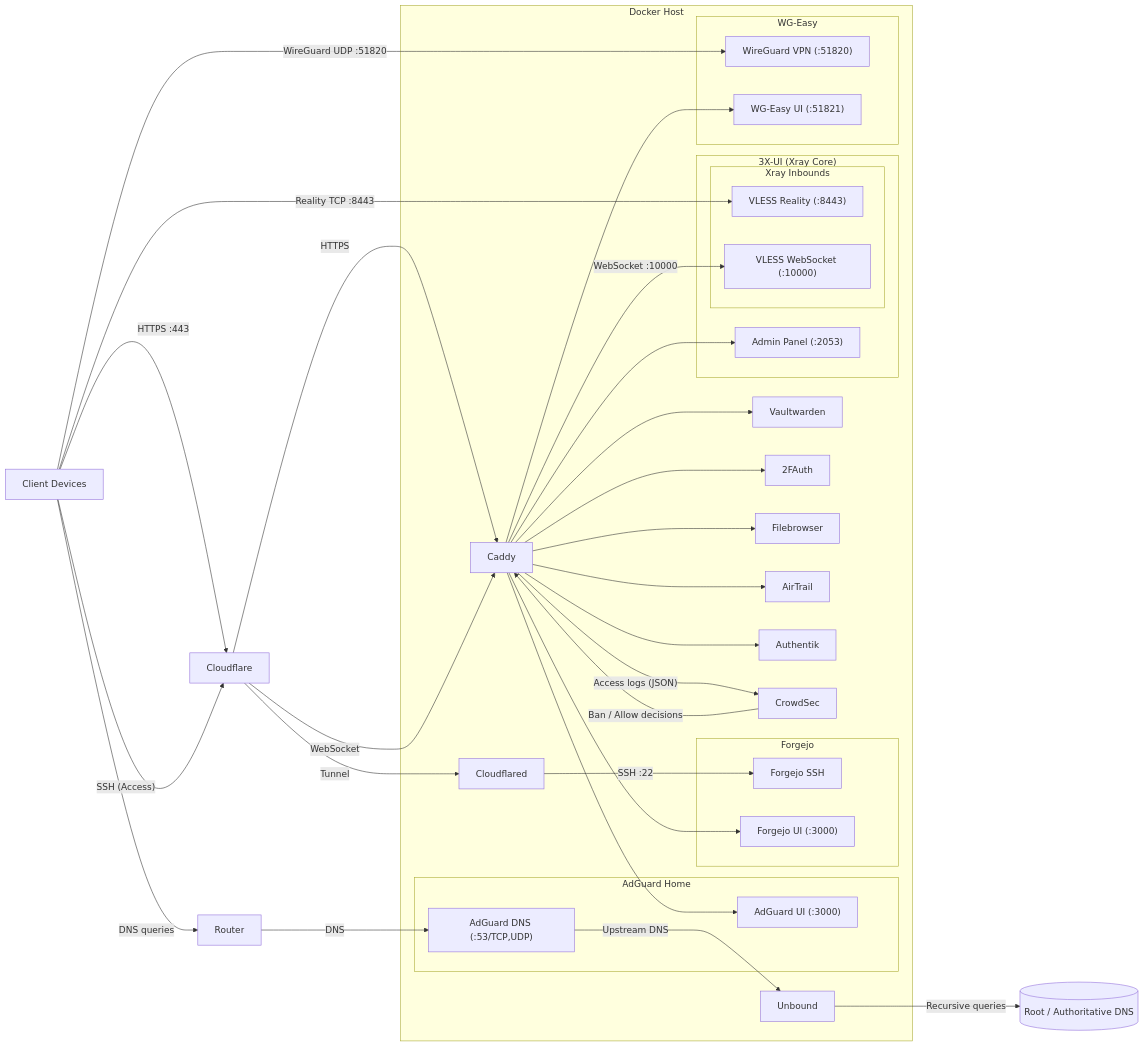
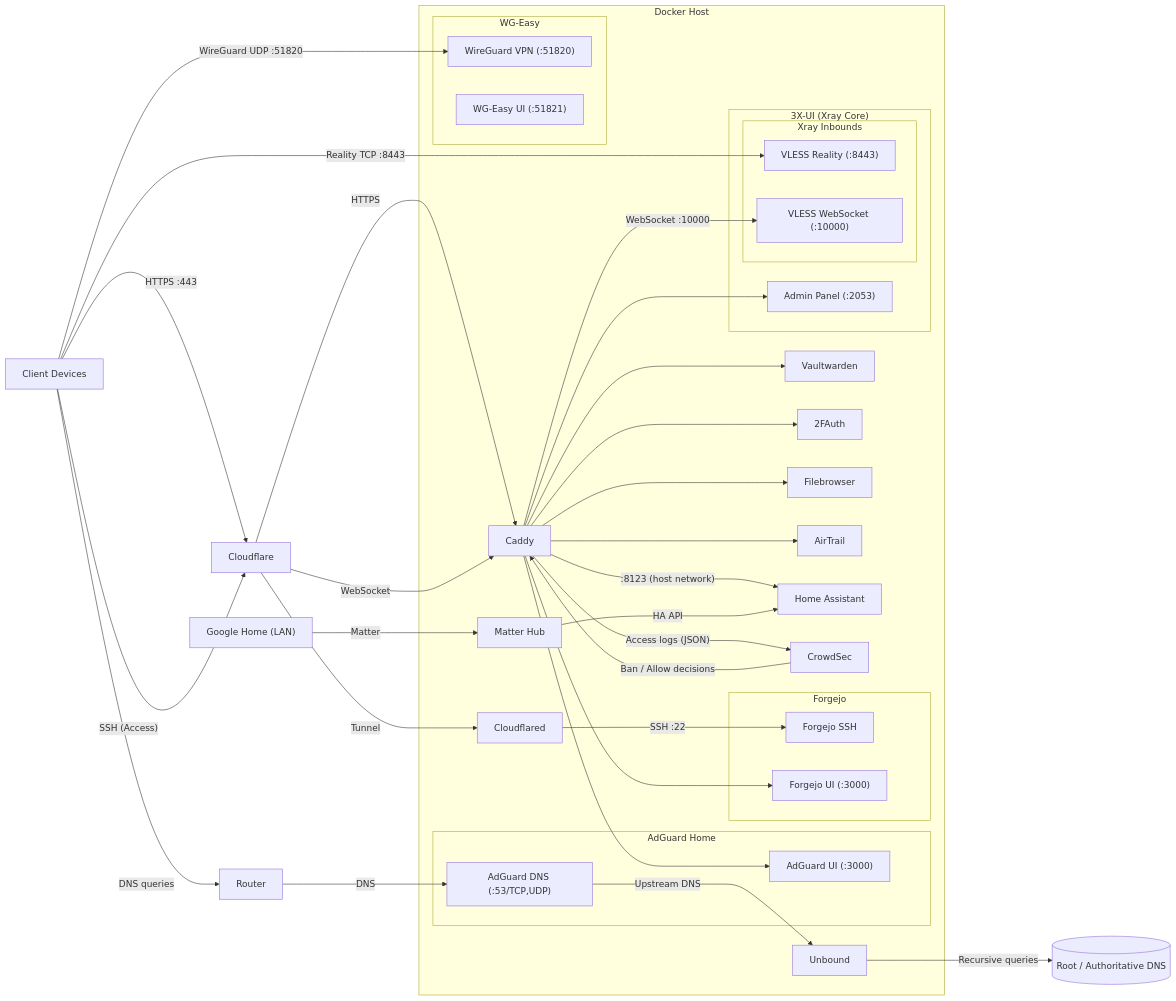
The diagram in README.md (AndrewTrieu/selfhosted), drawn with Mermaid before and after one commit. The commit also changed other lines of this file and 21 other files, not shown here.

```diff
--- a/README.md
+++ b/README.md
@@ -114,11 +88,14 @@
     Caddy --> TwoFAuth["2FAuth"]
     Caddy --> Filebrowser
     Caddy --> AirTrail
-    Caddy --> Authentik
     Caddy --> ForgejoUI["Forgejo UI"]
     Caddy --> AdGuardUI["AdGuard UI"]
-    Caddy --> WGEasyUI["WG-Easy UI"]
     Caddy --> XUIAdmin["3X-UI Admin Panel"]
+    Caddy -->|":8123 (host network)"| HomeAssistant["Home Assistant"]
+
+    %% Home automation
+    MatterHub["Matter Hub"] -->|"HA API"| HomeAssistant
+    GoogleHome["Google Home (LAN)"] -->|"Matter"| MatterHub
 
     %% CrowdSec integration
     Caddy -->|"Access logs (JSON)"| CrowdSec
@@ -134,11 +111,12 @@
         Vaultwarden
         TwoFAuth
         AirTrail
-        Authentik
         Filebrowser
         Unbound
         Cloudflared
         CrowdSec
+        HomeAssistant
+        MatterHub
 
         subgraph AdGuardHome["AdGuard Home"]
             AdGuardDNS["AdGuard DNS (:53/TCP,UDP)"]
```
